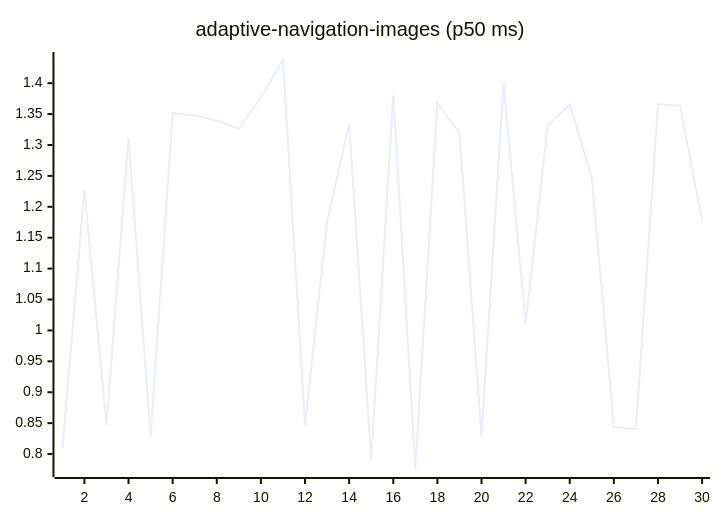
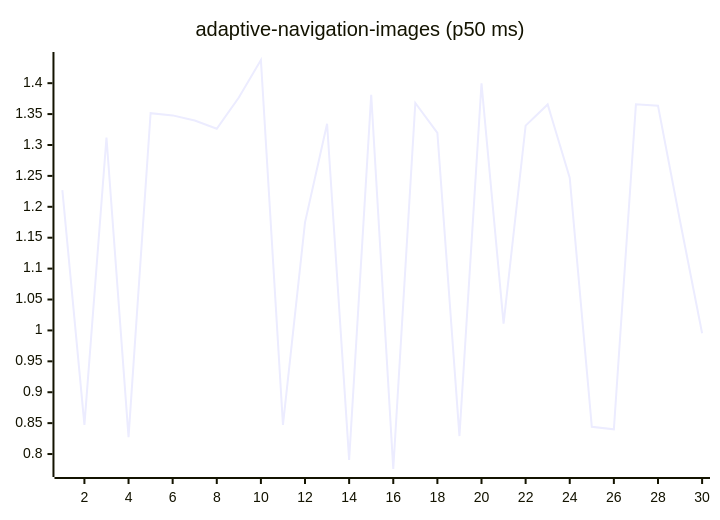
One commit to josha/Facet changed the first of 27 diagrams in README.md. Above: the diagram before and after it, drawn with Mermaid. The commit also changed other lines of this file and 2 other files, not shown here.

````diff
--- a/README.md
+++ b/README.md
@@ -63,6 +63,6 @@
 ```mermaid
 xychart-beta
     title "adaptive-navigation-images (p50 ms)"
     x-axis 1 --> 30
-    line [0.8088, 1.2271, 0.8473, 1.3121, 0.8274, 1.3515, 1.3479, 1.3395, 1.3263, 1.3769, 1.4375, 0.8471, 1.1748, 1.3343, 0.7905, 1.3810, 0.7758, 1.3680, 1.3197, 0.8291, 1.3996, 1.0110, 1.3313, 1.3656, 1.2466, 0.8441, 0.8400, 1.3659, 1.3636, 1.1770]
+    line [1.2271, 0.8473, 1.3121, 0.8274, 1.3515, 1.3479, 1.3395, 1.3263, 1.3769, 1.4375, 0.8471, 1.1748, 1.3343, 0.7905, 1.3810, 0.7758, 1.3680, 1.3197, 0.8291, 1.3996, 1.0110, 1.3313, 1.3656, 1.2466, 0.8441, 0.8400, 1.3659, 1.3636, 1.1770, 0.9954]
 ```
````
